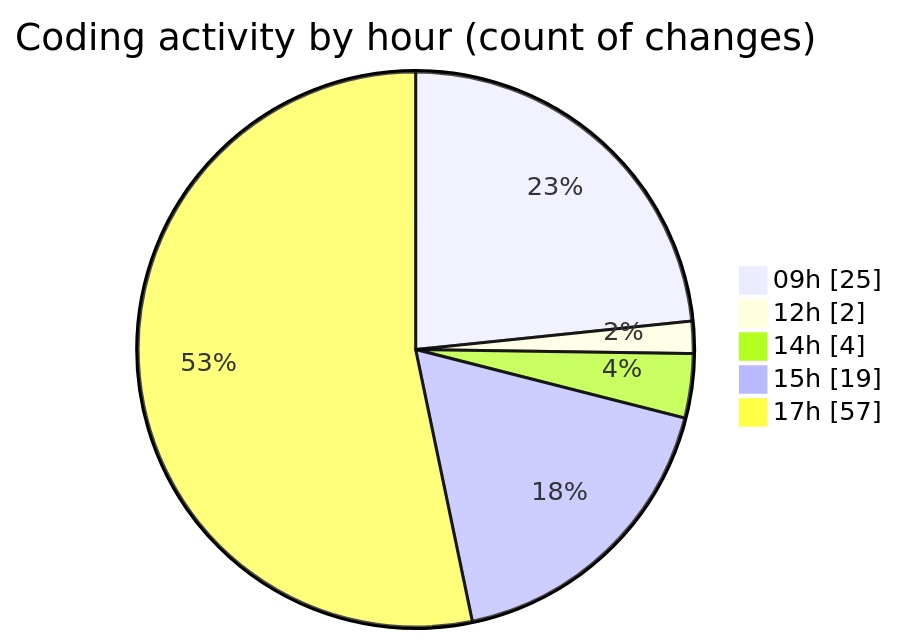
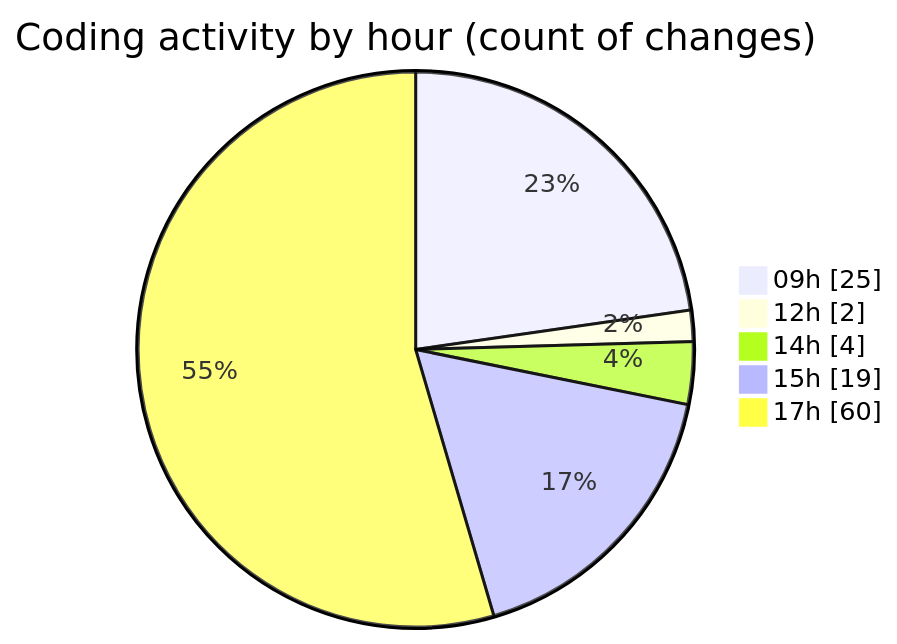
Before and after one commit to julien-gomy/code-tracking: the second of 2 diagrams in 2025-11-12/eventscop-frontend-guide__workspace_/README.md, drawn with Mermaid. The commit also changed other lines of this file and 1 other file, not shown here.

````diff
--- a/2025-11-12/eventscop-frontend-guide__workspace_/README.md
+++ b/2025-11-12/eventscop-frontend-guide__workspace_/README.md
@@ -55,9 +57,9 @@
 ```mermaid
 pie showData
 title Coding activity by hour (count of changes)
 "09h" : 25
 "12h" : 2
 "14h" : 4
 "15h" : 19
-"17h" : 57
+"17h" : 60
 ```
````
